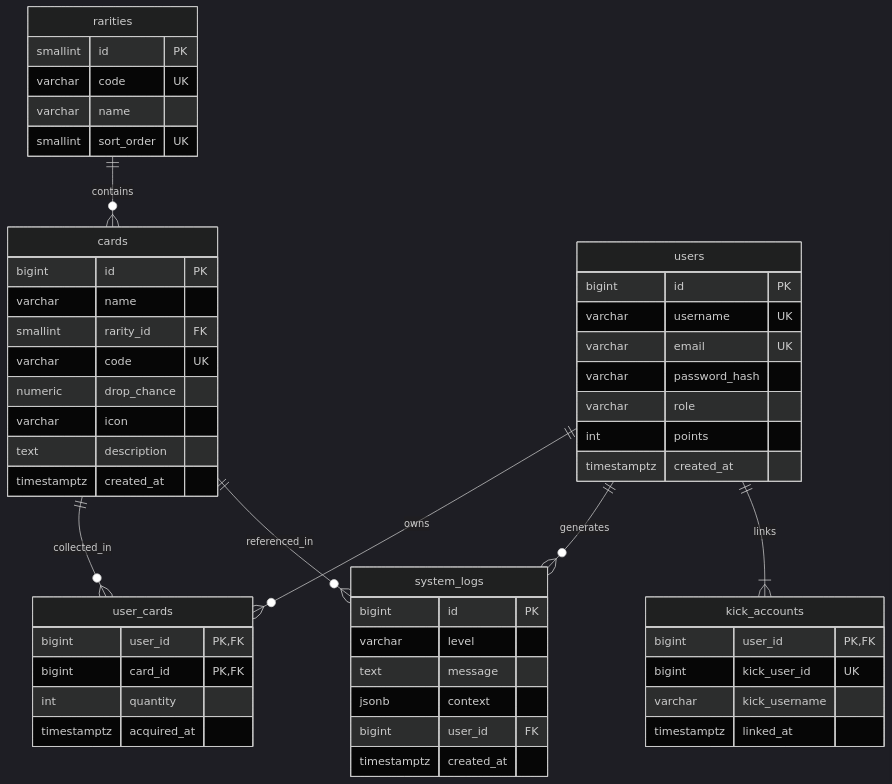
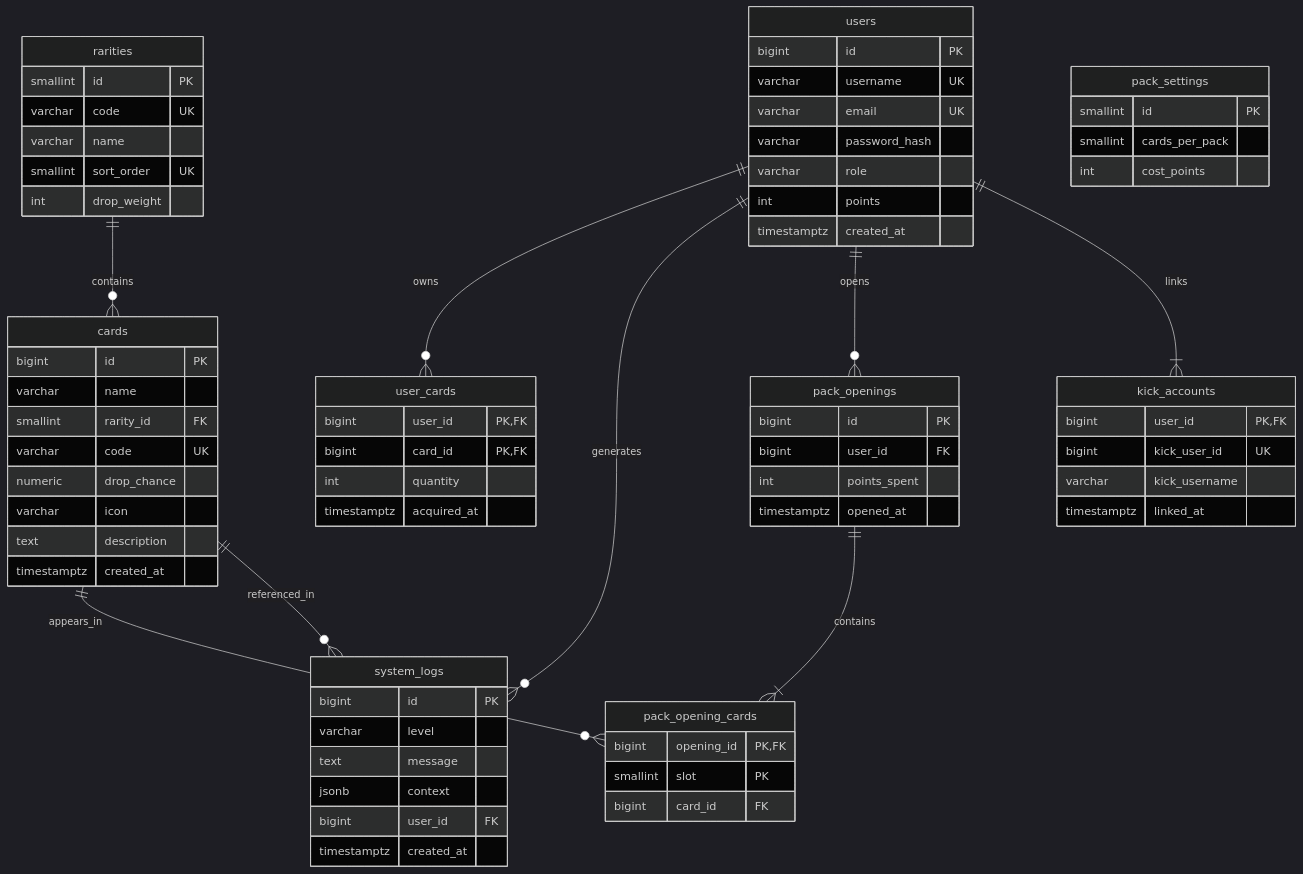
Before and after one commit to Gabkaja/wdpai-project: the diagram in README.md, drawn with Mermaid (dark theme). The commit also changed other lines of this file, not shown here.

Commit message:
docs: document pack opening

````diff
--- a/README.md
+++ b/README.md
@@ -231,55 +280,74 @@
 ```mermaid
 erDiagram
     rarities ||--o{ cards : contains
     users ||--o{ user_cards : owns
     users ||--o{ system_logs : generates
-    cards ||--o{ user_cards : collected_in
+    users ||--o{ pack_openings : opens
+    pack_openings ||--|{ pack_opening_cards : contains
+    cards ||--o{ pack_opening_cards : appears_in
     cards ||--o{ system_logs : referenced_in
     users ||--|{ kick_accounts : links
 
     rarities {
         smallint id PK
         varchar code UK
         varchar name
         smallint sort_order UK
+        int drop_weight
     }
     users {
         bigint id PK
         varchar username UK
         varchar email UK
         varchar password_hash
         varchar role
         int points
         timestamptz created_at
+    }
+    pack_settings {
+        smallint id PK
+        smallint cards_per_pack
+        int cost_points
+    }
+    pack_openings {
+        bigint id PK
+        bigint user_id FK
+        int points_spent
+        timestamptz opened_at
+    }
+    pack_opening_cards {
+        bigint opening_id PK,FK
+        smallint slot PK
+        bigint card_id FK
     }
     cards {
         bigint id PK
         varchar name
         smallint rarity_id FK
         varchar code UK
         numeric drop_chance
         varchar icon
         text description
         timestamptz created_at
     }
     user_cards {
         bigint user_id PK,FK
         bigint card_id PK,FK
         int quantity
         timestamptz acquired_at
     }
     system_logs {
         bigint id PK
         varchar level
         text message
         jsonb context
         bigint user_id FK
         timestamptz created_at
     }
     kick_accounts {
         bigint user_id PK,FK
         bigint kick_user_id UK
         varchar kick_username
         timestamptz linked_at
     }
 ```
````
